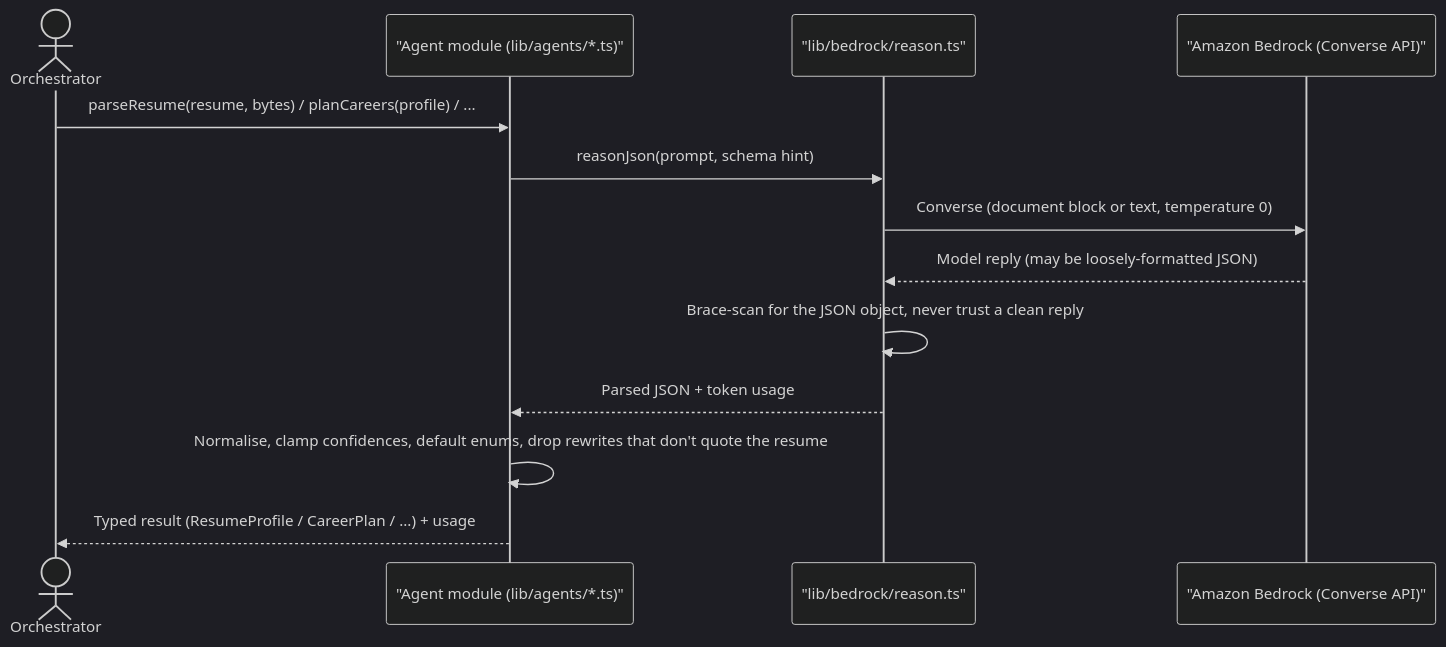
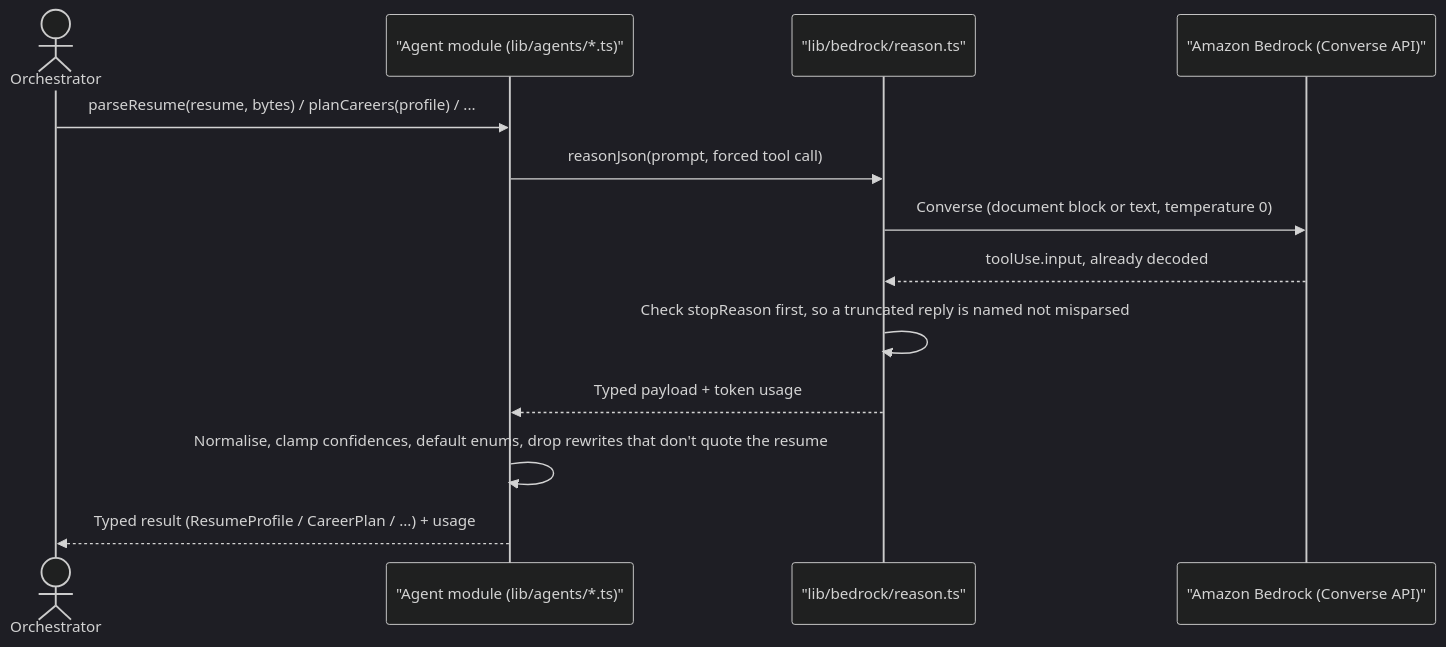
Before and after one commit to oreoolis/meong-MyWay: the fourth of 4 diagrams in README.md, drawn with Mermaid (dark theme). The commit also changed other lines of this file, not shown here.

````diff
--- a/README.md
+++ b/README.md
@@ -257,17 +315,16 @@
 ```mermaid
 sequenceDiagram
     actor Creator as Orchestrator
     participant Agent as "Agent module (lib/agents/*.ts)"
     participant Reason as "lib/bedrock/reason.ts"
     participant Bedrock as "Amazon Bedrock (Converse API)"
 
-    
     Creator->>Agent: parseResume(resume, bytes) / planCareers(profile) / ...
-    Agent->>Reason: reasonJson(prompt, schema hint)
+    Agent->>Reason: reasonJson(prompt, forced tool call)
     Reason->>Bedrock: Converse (document block or text, temperature 0)
-    Bedrock-->>Reason: Model reply (may be loosely-formatted JSON)
-    Reason->>Reason: Brace-scan for the JSON object, never trust a clean reply
-    Reason-->>Agent: Parsed JSON + token usage
+    Bedrock-->>Reason: toolUse.input, already decoded
+    Reason->>Reason: Check stopReason first, so a truncated reply is named not misparsed
+    Reason-->>Agent: Typed payload + token usage
     Agent->>Agent: Normalise, clamp confidences, default enums, drop rewrites that don't quote the resume
     Agent-->>Creator: Typed result (ResumeProfile / CareerPlan / ...) + usage
 ```
````
